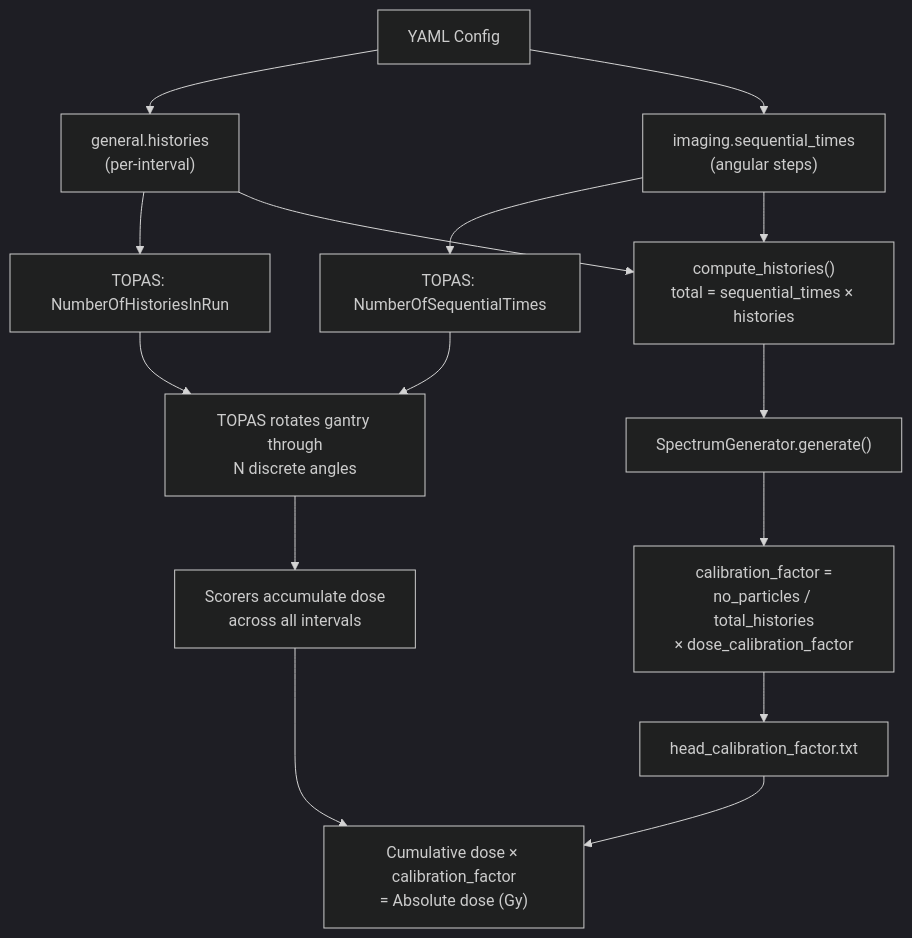
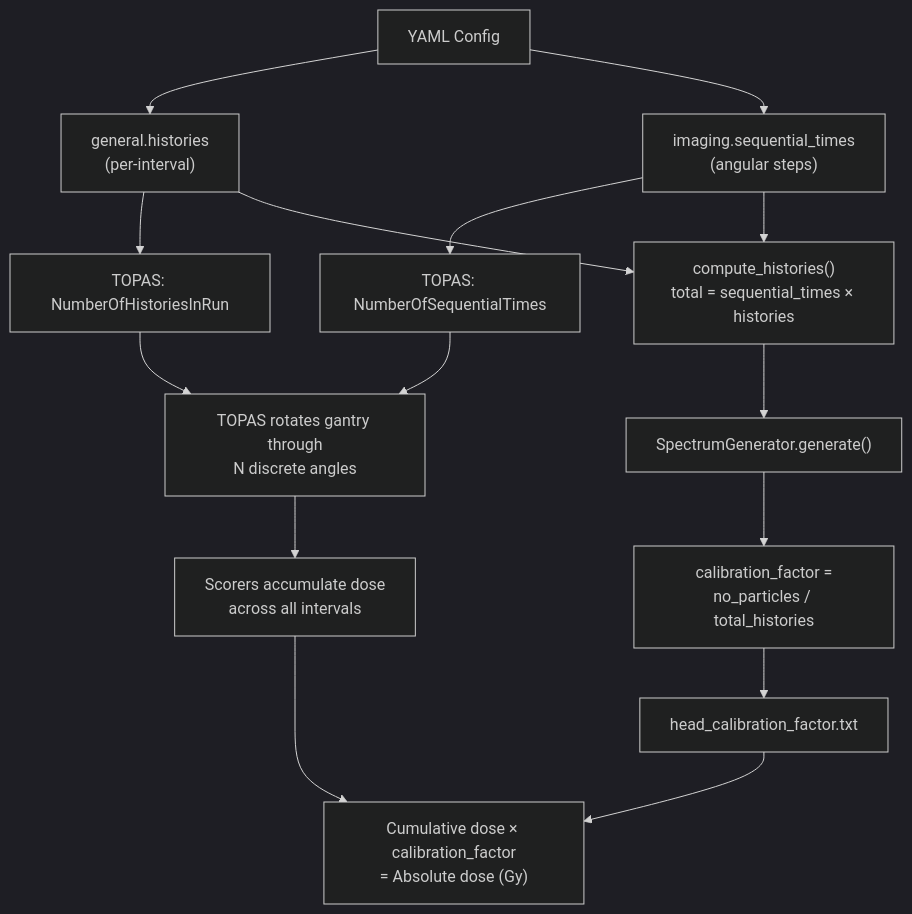
The diagram in docs/simulation-time-model.md (MC-DCaRE/MC-DCaRE), drawn with Mermaid (dark theme) before and after one commit. The commit also changed other lines of this file and 24 other files, not shown here.

First line of the commit message:
docs: remove references to removed config fields (dose_calibration_factor, time_verbosity)

````diff
--- a/docs/simulation-time-model.md
+++ b/docs/simulation-time-model.md
@@ -141,17 +140,17 @@
 ```mermaid
 flowchart TD
     A["YAML Config"] --> B["general.histories<br/>(per-interval)"]
     A --> C["imaging.sequential_times<br/>(angular steps)"]
     B --> D["TOPAS: NumberOfHistoriesInRun"]
     C --> E["TOPAS: NumberOfSequentialTimes"]
     B --> F["compute_histories()<br/>total = sequential_times × histories"]
     C --> F
     F --> G["SpectrumGenerator.generate()"]
-    G --> H["calibration_factor =<br/>no_particles / total_histories<br/>× dose_calibration_factor"]
+    G --> H["calibration_factor =<br/>no_particles / total_histories"]
     H --> I["head_calibration_factor.txt"]
     E --> J["TOPAS rotates gantry through<br/>N discrete angles"]
     D --> J
     J --> K["Scorers accumulate dose<br/>across all intervals"]
     K --> L["Cumulative dose × calibration_factor<br/>= Absolute dose (Gy)"]
     I --> L
 ```
````
